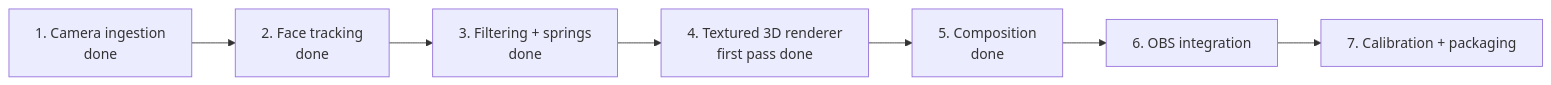
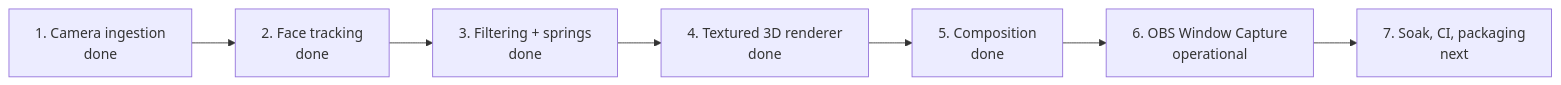
One commit to Zanark/KardboardCode-VTuber changed the first of 3 diagrams in docs/08-roadmap/README.md. Above: the diagram before and after it, drawn with Mermaid. The commit also changed other lines of this file and 58 other files, not shown here.

````diff
--- a/docs/08-roadmap/README.md
+++ b/docs/08-roadmap/README.md
@@ -9,9 +14,9 @@
 ```mermaid
 flowchart LR
     Done["1. Camera ingestion<br/>done"] --> Track["2. Face tracking<br/>done"]
     Track --> Filter["3. Filtering + springs<br/>done"]
-    Filter --> Render["4. Textured 3D renderer<br/>first pass done"]
+    Filter --> Render["4. Textured 3D renderer<br/>done"]
     Render --> Compose["5. Composition<br/>done"]
-    Compose --> OBS["6. OBS integration"]
-    OBS --> Polish["7. Calibration + packaging"]
+    Compose --> OBS["6. OBS Window Capture<br/>operational"]
+    OBS --> Polish["7. Soak, CI, packaging<br/>next"]
 ```
````
